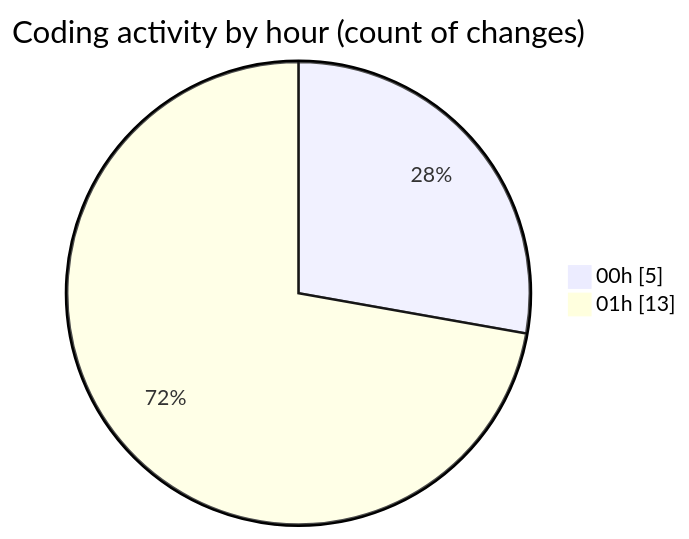
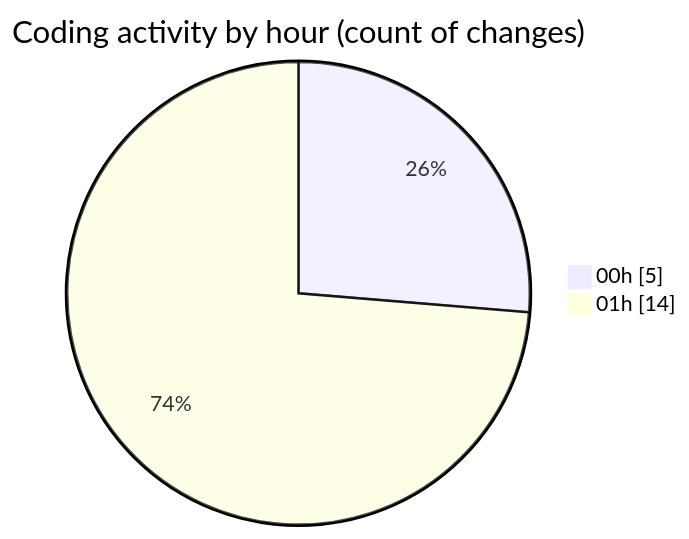
One commit to EIIisD/code-tracking changed the second of 2 diagrams in 2025-08-04/tw-server/README.md. Above: the diagram before and after it, drawn with Mermaid. The commit also changed other lines of this file and 1 other file, not shown here.

````diff
--- a/2025-08-04/tw-server/README.md
+++ b/2025-08-04/tw-server/README.md
@@ -29,6 +29,6 @@
 ```mermaid
 pie showData
 title Coding activity by hour (count of changes)
 "00h" : 5
-"01h" : 13
+"01h" : 14
 ```
````
